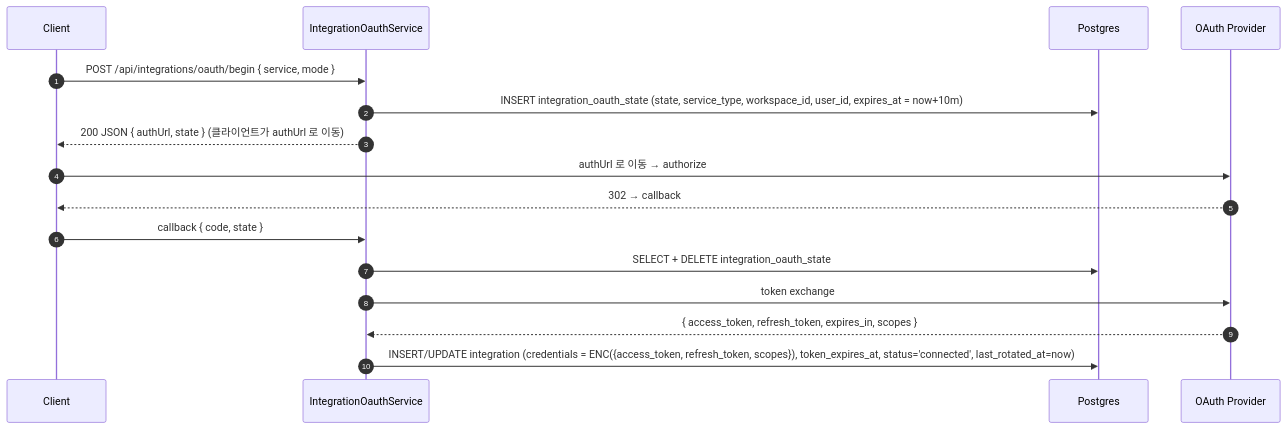
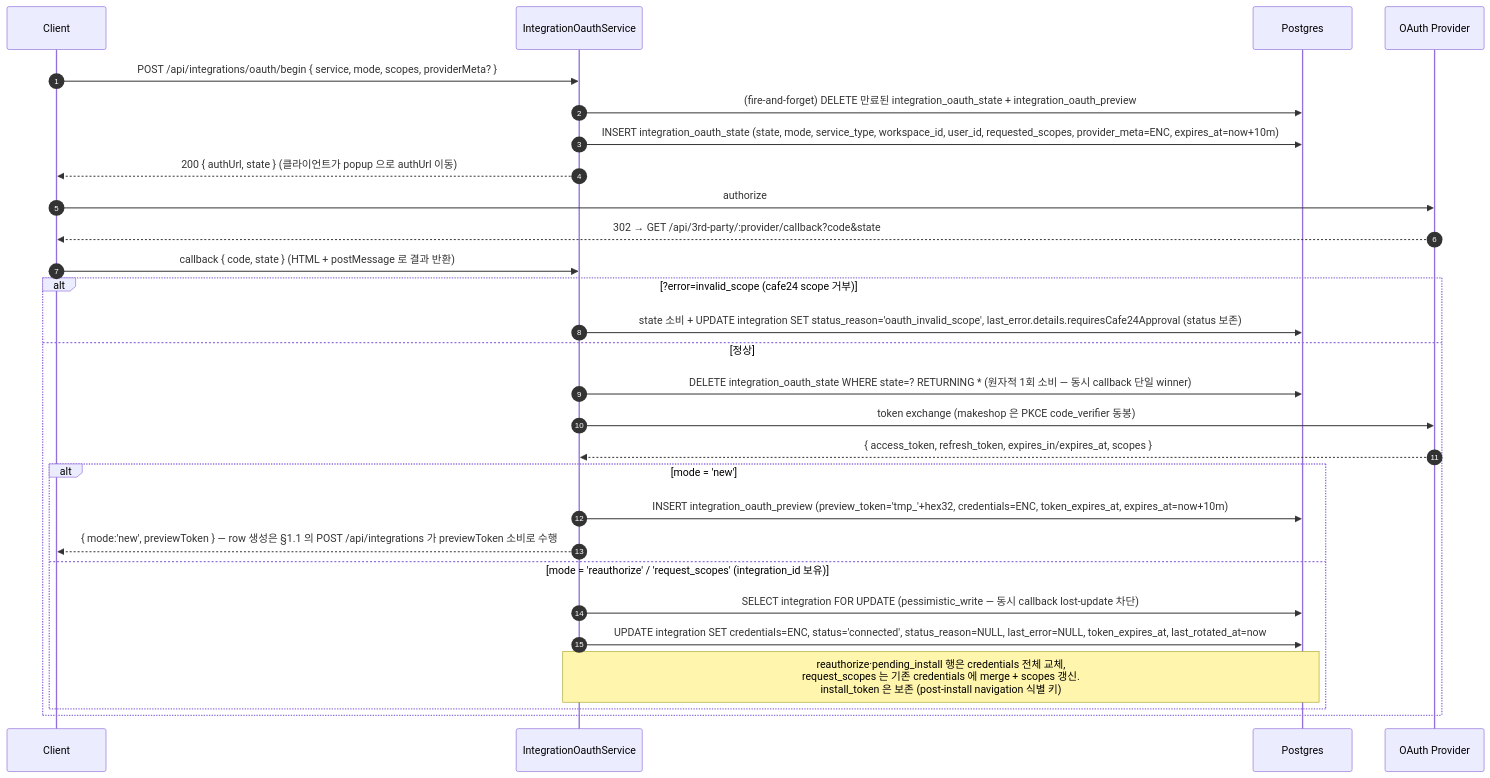
The second of 7 diagrams in spec/data-flow/5-integration.md (worker-ants/clemvion), drawn with Mermaid before and after one commit. The commit also changed other lines of this file and 89 other files, not shown here.

First line of the commit message:
docs(spec): spec↔code 전수 상호 감사 — 역방향 커버리지 + drift 동기화 + data-flow 재구성 (위반 19건 보고) (#516)

````diff
--- a/spec/data-flow/5-integration.md
+++ b/spec/data-flow/5-integration.md
@@ -41,19 +69,31 @@
 ```mermaid
 sequenceDiagram
   autonumber
   participant C as Client
   participant Svc as IntegrationOauthService
   participant PG as Postgres
   participant Prov as OAuth Provider
 
-  C->>Svc: POST /api/integrations/oauth/begin { service, mode }
-  Svc->>PG: INSERT integration_oauth_state (state, service_type, workspace_id, user_id, expires_at = now+10m)
-  Svc-->>C: 200 JSON { authUrl, state } (클라이언트가 authUrl 로 이동)
-  C->>Prov: authUrl 로 이동 → authorize
-  Prov-->>C: 302 → callback
-  C->>Svc: callback { code, state }
-  Svc->>PG: SELECT + DELETE integration_oauth_state
-  Svc->>Prov: token exchange
-  Prov-->>Svc: { access_token, refresh_token, expires_in, scopes }
-  Svc->>PG: INSERT/UPDATE integration (credentials = ENC({access_token, refresh_token, scopes}), token_expires_at, status='connected', last_rotated_at=now)
+  C->>Svc: POST /api/integrations/oauth/begin { service, mode, scopes, providerMeta? }
+  Svc->>PG: (fire-and-forget) DELETE 만료된 integration_oauth_state + integration_oauth_preview
+  Svc->>PG: INSERT integration_oauth_state (state, mode, service_type, workspace_id, user_id, requested_scopes, provider_meta=ENC, expires_at=now+10m)
+  Svc-->>C: 200 { authUrl, state } (클라이언트가 popup 으로 authUrl 이동)
+  C->>Prov: authorize
+  Prov-->>C: 302 → GET /api/3rd-party/:provider/callback?code&state
+  C->>Svc: callback { code, state } (HTML + postMessage 로 결과 반환)
+  alt ?error=invalid_scope (cafe24 scope 거부)
+    Svc->>PG: state 소비 + UPDATE integration SET status_reason='oauth_invalid_scope', last_error.details.requiresCafe24Approval (status 보존)
+  else 정상
+    Svc->>PG: DELETE integration_oauth_state WHERE state=? RETURNING * (원자적 1회 소비 — 동시 callback 단일 winner)
+    Svc->>Prov: token exchange (makeshop 은 PKCE code_verifier 동봉)
+    Prov-->>Svc: { access_token, refresh_token, expires_in/expires_at, scopes }
+    alt mode = 'new'
+      Svc->>PG: INSERT integration_oauth_preview (preview_token='tmp_'+hex32, credentials=ENC, token_expires_at, expires_at=now+10m)
+      Svc-->>C: { mode:'new', previewToken } — row 생성은 §1.1 의 POST /api/integrations 가 previewToken 소비로 수행
+    else mode = 'reauthorize' / 'request_scopes' (integration_id 보유)
+      Svc->>PG: SELECT integration FOR UPDATE (pessimistic_write — 동시 callback lost-update 차단)
+      Svc->>PG: UPDATE integration SET credentials=ENC, status='connected', status_reason=NULL, last_error=NULL, token_expires_at, last_rotated_at=now
+      Note over Svc,PG: reauthorize·pending_install 행은 credentials 전체 교체,<br/>request_scopes 는 기존 credentials 에 merge + scopes 갱신.<br/>install_token 은 보존 (post-install navigation 식별 키)
+    end
+  end
 ```
````
